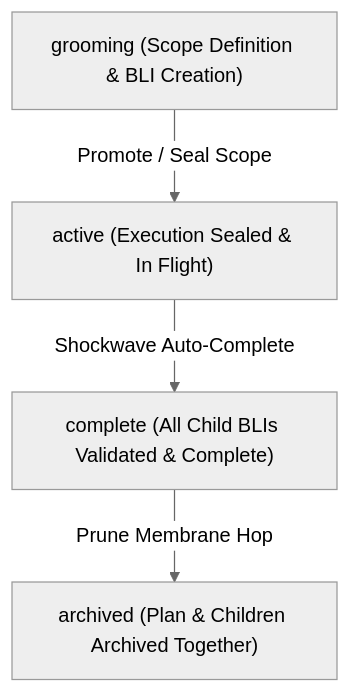
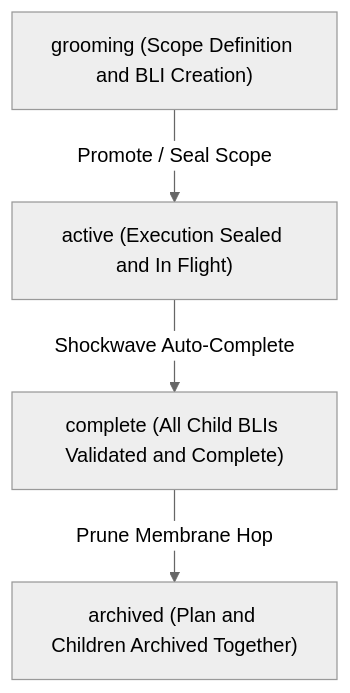
Before and after one commit to zqk-os/zqk: the second of 2 diagrams in docs/architecture/LIFECYCLE_STATE_MACHINE.md, drawn with Mermaid (neutral theme). The commit also changed other lines of this file and 11 other files, not shown here.

Commit message:
fix(docs, packaging): fix Architecture Overview A/B diagram, standardize Mermaid rendering, and fix cross-platform packaging

````diff
--- a/docs/architecture/LIFECYCLE_STATE_MACHINE.md
+++ b/docs/architecture/LIFECYCLE_STATE_MACHINE.md
@@ -108,11 +108,11 @@
 ```mermaid
 flowchart TD
-    P1["grooming (Scope Definition & BLI Creation)"]
-    P2["active (Execution Sealed & In Flight)"]
-    P3["complete (All Child BLIs Validated & Complete)"]
-    P4["archived (Plan & Children Archived Together)"]
+    P1["grooming (Scope Definition and BLI Creation)"]
+    P2["active (Execution Sealed and In Flight)"]
+    P3["complete (All Child BLIs Validated and Complete)"]
+    P4["archived (Plan and Children Archived Together)"]
 
     P1 -->|Promote / Seal Scope| P2
     P2 -->|Shockwave Auto-Complete| P3
     P3 -->|Prune Membrane Hop| P4
 ```
````
